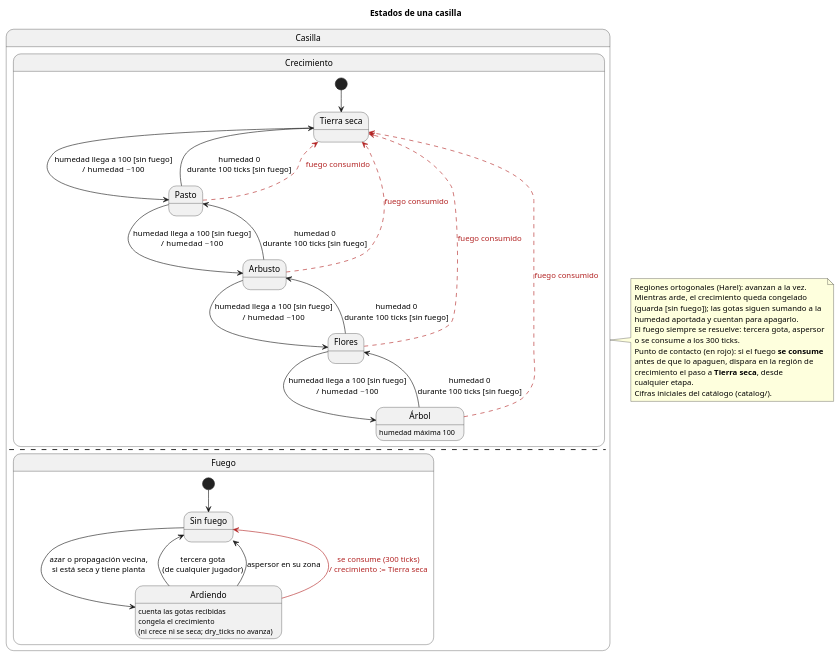
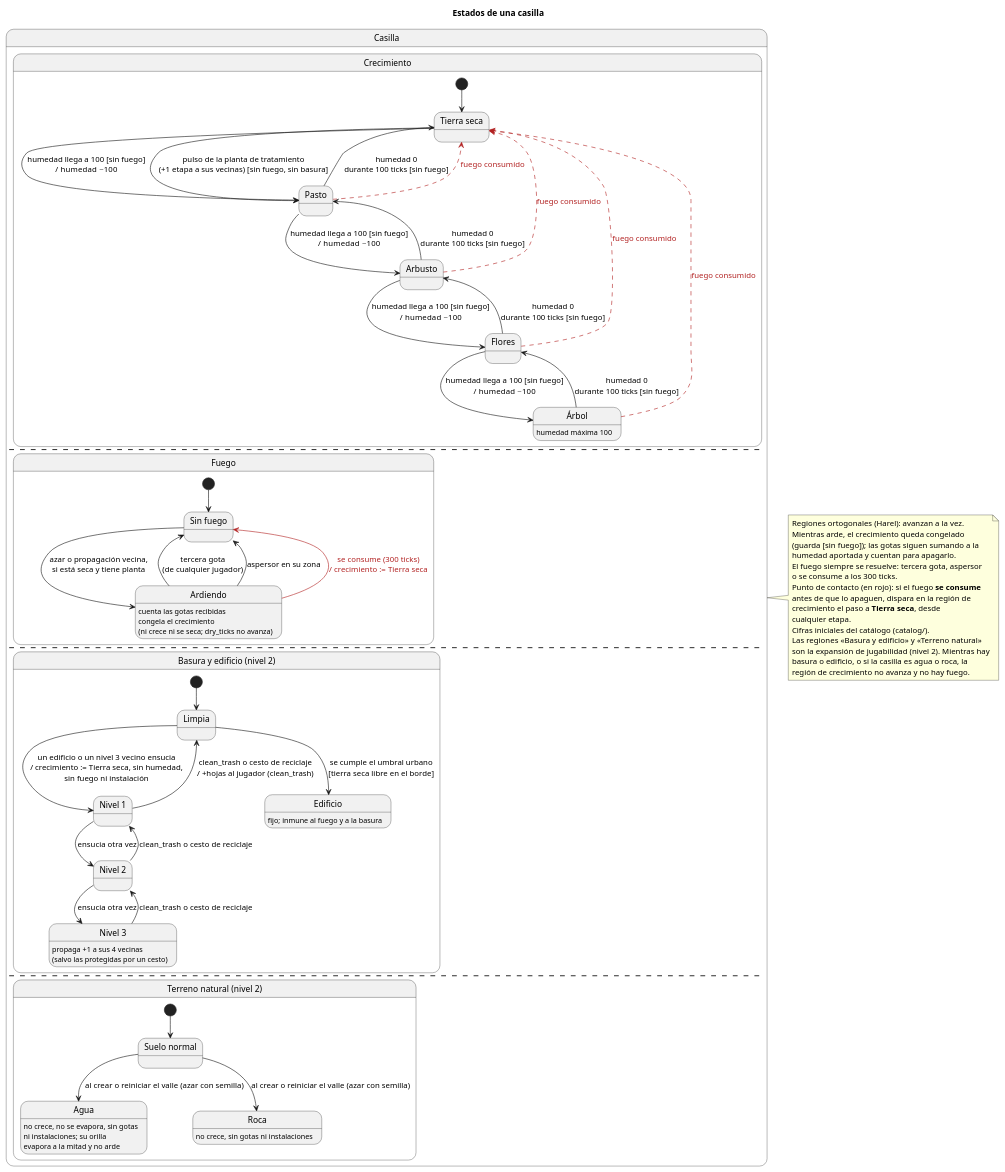
Before and after one commit to iadev2005/hydrovalley: the diagram in docs/diagrams/05-estados-casilla.puml, drawn with PlantUML. The commit also changed 9 other files, not shown here.

First line of the commit message:
docs: record the gameplay expansion in D-01, the diagrams, the READMEs and the team tasks

```diff
--- a/docs/diagrams/05-estados-casilla.puml
+++ b/docs/diagrams/05-estados-casilla.puml
@@ -1,56 +1,92 @@
 @startuml 05-estados-casilla
 title Estados de una casilla
 
 state Casilla {
   state "Crecimiento" as Crecimiento {
     state "Tierra seca" as Seca
     state "Pasto" as Pasto
     state "Arbusto" as Arbusto
     state "Flores" as Flores
     state "Árbol" as Arbol
     Arbol : humedad máxima 100
 
     [*] --> Seca
     Seca --> Pasto : humedad llega a 100 [sin fuego]\n/ humedad −100
     Pasto --> Arbusto : humedad llega a 100 [sin fuego]\n/ humedad −100
     Arbusto --> Flores : humedad llega a 100 [sin fuego]\n/ humedad −100
     Flores --> Arbol : humedad llega a 100 [sin fuego]\n/ humedad −100
     Arbol --> Flores : humedad 0\ndurante 100 ticks [sin fuego]
     Flores --> Arbusto : humedad 0\ndurante 100 ticks [sin fuego]
     Arbusto --> Pasto : humedad 0\ndurante 100 ticks [sin fuego]
     Pasto --> Seca : humedad 0\ndurante 100 ticks [sin fuego]
+    Seca --> Pasto : pulso de la planta de tratamiento\n(+1 etapa a sus vecinas) [sin fuego, sin basura]
     Pasto -[#B22222,dashed]-> Seca : <color:#B22222>fuego consumido</color>
     Arbusto -[#B22222,dashed]-> Seca : <color:#B22222>fuego consumido</color>
     Flores -[#B22222,dashed]-> Seca : <color:#B22222>fuego consumido</color>
     Arbol -[#B22222,dashed]-> Seca : <color:#B22222>fuego consumido</color>
   }
   --
   state "Fuego" as Fuego {
     state "Sin fuego" as SinFuego
     state "Ardiendo" as Ardiendo
     Ardiendo : cuenta las gotas recibidas
     Ardiendo : congela el crecimiento\n(ni crece ni se seca; dry_ticks no avanza)
 
     [*] --> SinFuego
     SinFuego --> Ardiendo : azar o propagación vecina,\nsi está seca y tiene planta
     Ardiendo --> SinFuego : tercera gota\n(de cualquier jugador)
     Ardiendo --> SinFuego : aspersor en su zona
     Ardiendo -[#B22222]-> SinFuego : <color:#B22222>se consume (300 ticks)</color>\n<color:#B22222>/ crecimiento := Tierra seca</color>
   }
+  --
+  state "Basura y edificio (nivel 2)" as Urbano {
+    state "Limpia" as Limpia
+    state "Nivel 1" as T1
+    state "Nivel 2" as T2
+    state "Nivel 3" as T3
+    state "Edificio" as Edificio
+    Edificio : fijo; inmune al fuego y a la basura
+    T3 : propaga +1 a sus 4 vecinas\n(salvo las protegidas por un cesto)
+
+    [*] --> Limpia
+    Limpia --> Edificio : se cumple el umbral urbano\n[tierra seca libre en el borde]
+    Limpia --> T1 : un edificio o un nivel 3 vecino ensucia\n/ crecimiento := Tierra seca, sin humedad,\nsin fuego ni instalación
+    T1 --> T2 : ensucia otra vez
+    T2 --> T3 : ensucia otra vez
+    T3 --> T2 : clean_trash o cesto de reciclaje
+    T2 --> T1 : clean_trash o cesto de reciclaje
+    T1 --> Limpia : clean_trash o cesto de reciclaje\n/ +hojas al jugador (clean_trash)
+  }
+  --
+  state "Terreno natural (nivel 2)" as Natural {
+    state "Suelo normal" as Normal
+    state "Agua" as Agua
+    state "Roca" as Roca
+    Agua : no crece, no se evapora, sin gotas\nni instalaciones; su orilla\nevapora a la mitad y no arde
+    Roca : no crece, sin gotas ni instalaciones
+
+    [*] --> Normal
+    Normal --> Agua : al crear o reiniciar el valle (azar con semilla)
+    Normal --> Roca : al crear o reiniciar el valle (azar con semilla)
+  }
 }
 
 note right of Casilla
   Regiones ortogonales (Harel): avanzan a la vez.
   Mientras arde, el crecimiento queda congelado
   (guarda [sin fuego]); las gotas siguen sumando a la
   humedad aportada y cuentan para apagarlo.
   El fuego siempre se resuelve: tercera gota, aspersor
   o se consume a los 300 ticks.
   Punto de contacto (en rojo): si el fuego <b>se consume</b>
   antes de que lo apaguen, dispara en la región de
   crecimiento el paso a <b>Tierra seca</b>, desde
   cualquier etapa.
   Cifras iniciales del catálogo (catalog/).
+  Las regiones «Basura y edificio» y «Terreno natural»
+  son la expansión de jugabilidad (nivel 2). Mientras hay
+  basura o edificio, o si la casilla es agua o roca, la
+  región de crecimiento no avanza y no hay fuego.
 end note
 
 @enduml
```
